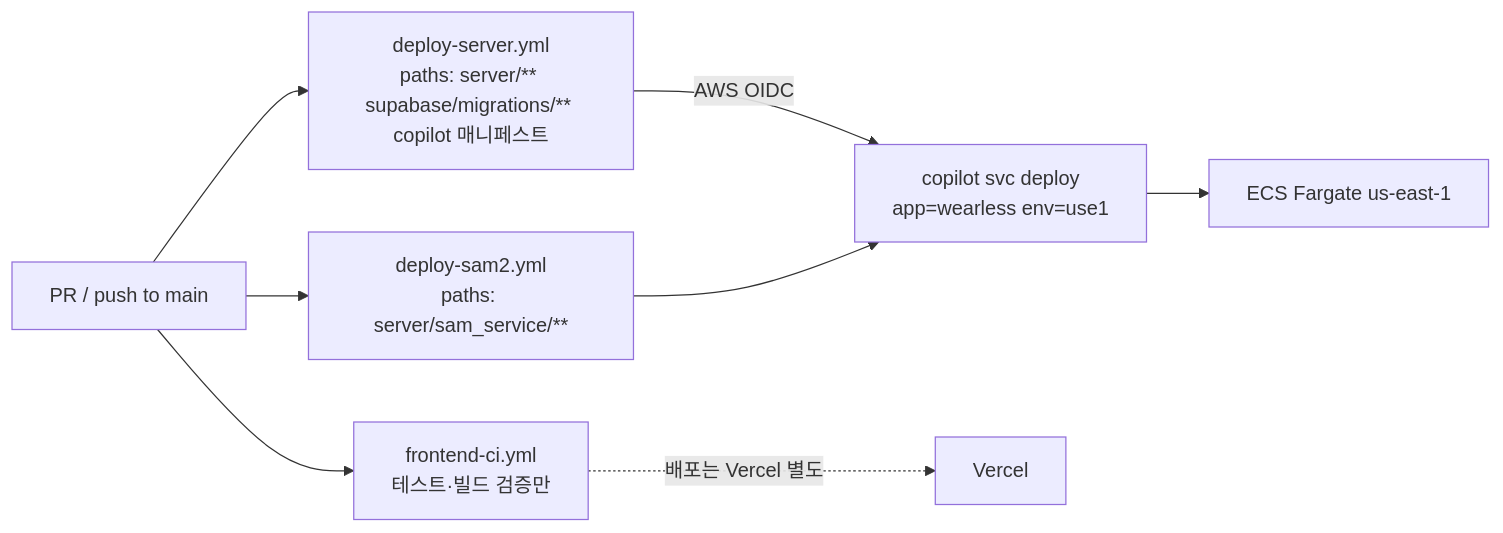
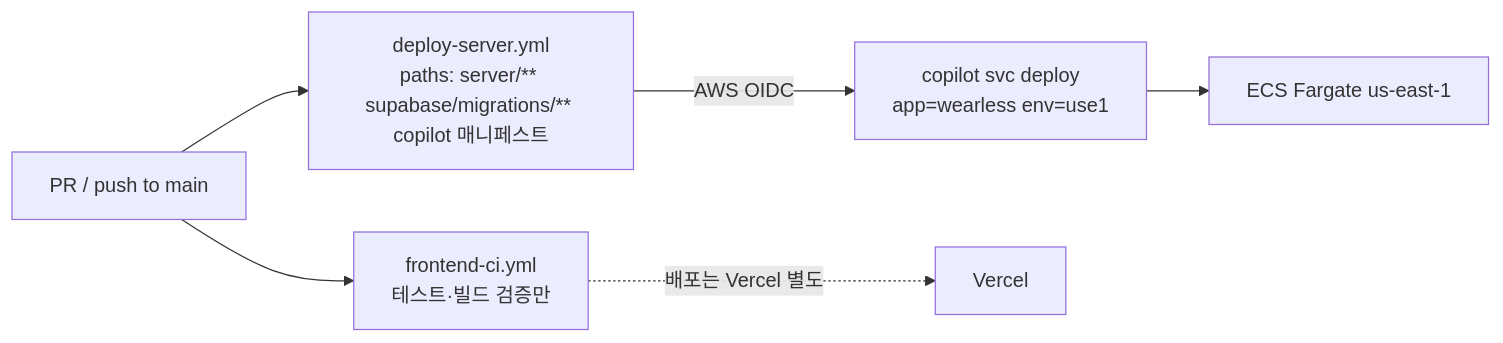
Diagram 14 of 15 in docs/ARCHITECTURE.md (1L-SANG/wearless_studio), drawn with Mermaid before and after one commit. The commit also changed other lines of this file and 83 other files, not shown here.

````diff
--- a/docs/ARCHITECTURE.md
+++ b/docs/ARCHITECTURE.md
@@ -661,10 +653,8 @@
 ```mermaid
 graph LR
   PR["PR / push to main"] --> W1["deploy-server.yml<br/>paths: server/** supabase/migrations/** copilot 매니페스트"]
-  PR --> W2["deploy-sam2.yml<br/>paths: server/sam_service/**"]
   PR --> W3["frontend-ci.yml<br/>테스트·빌드 검증만"]
   W1 -->|"AWS OIDC"| CP["copilot svc deploy<br/>app=wearless env=use1"]
-  W2 --> CP
   W3 -.->|"배포는 Vercel 별도"| VC["Vercel"]
   CP --> ECS["ECS Fargate us-east-1"]
 ```
````
